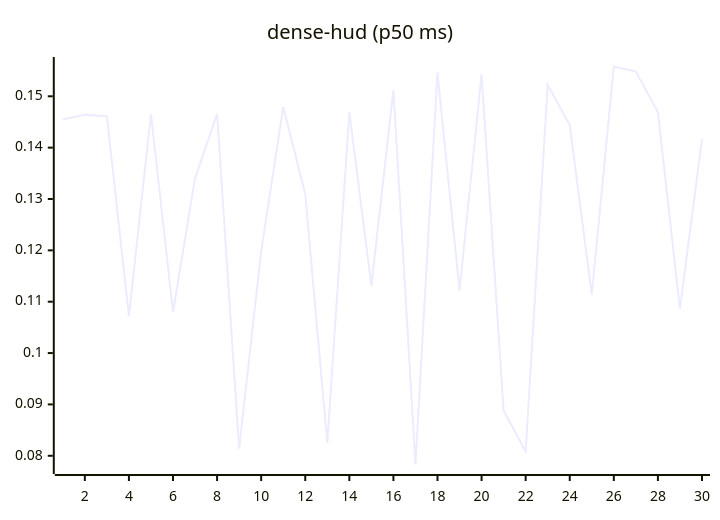
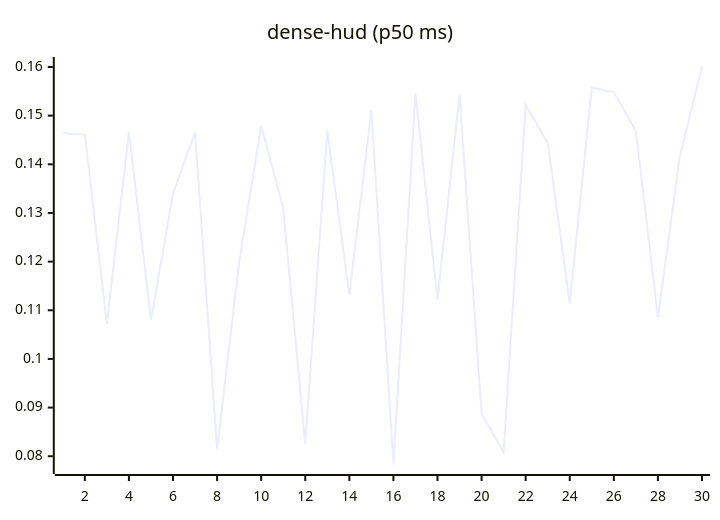
One commit to josha/Facet changed the eighth of 27 diagrams in README.md. Above: the diagram before and after it, drawn with Mermaid. The commit also changed other lines of this file and 2 other files, not shown here.

````diff
--- a/README.md
+++ b/README.md
@@ -112,6 +112,6 @@
 ```mermaid
 xychart-beta
     title "dense-hud (p50 ms)"
     x-axis 1 --> 30
-    line [0.1455, 0.1464, 0.1461, 0.1072, 0.1466, 0.1080, 0.1340, 0.1466, 0.0814, 0.1198, 0.1479, 0.1310, 0.0825, 0.1469, 0.1131, 0.1512, 0.0783, 0.1546, 0.1122, 0.1543, 0.0888, 0.0808, 0.1522, 0.1444, 0.1114, 0.1558, 0.1548, 0.1469, 0.1086, 0.1417]
+    line [0.1464, 0.1461, 0.1072, 0.1466, 0.1080, 0.1340, 0.1466, 0.0814, 0.1198, 0.1479, 0.1310, 0.0825, 0.1469, 0.1131, 0.1512, 0.0783, 0.1546, 0.1122, 0.1543, 0.0888, 0.0808, 0.1522, 0.1444, 0.1114, 0.1558, 0.1548, 0.1469, 0.1086, 0.1417, 0.1601]
 ```
````
